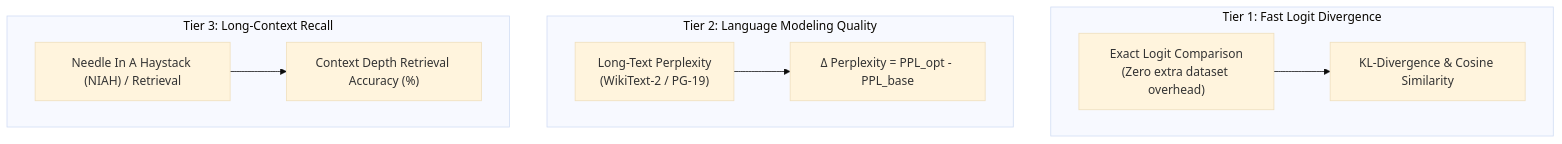
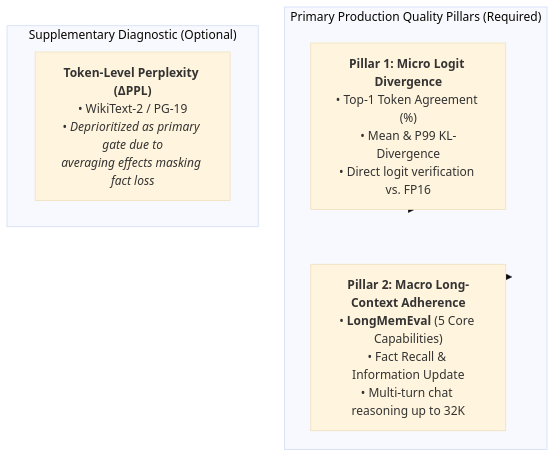
Before and after one commit to khemingkapat/kv_co-op_hub: the diagram in docs/METRICS_AND_AXES.md, drawn with Mermaid (base theme). The commit also changed other lines of this file, not shown here.

First line of the commit message:
docs(metrics): refine quality evaluation framework to two primary pillars [WP-1, WP-2]

````diff
--- a/docs/METRICS_AND_AXES.md
+++ b/docs/METRICS_AND_AXES.md
@@ -58,12 +58,14 @@
 ```mermaid
 flowchart TD
-    subgraph Tier1["Tier 1: Fast Logit Divergence"]
-        A["Exact Logit Comparison<br>(Zero extra dataset overhead)"] --> D["KL-Divergence & Cosine Similarity"]
+    subgraph PrimaryPillars["Primary Production Quality Pillars (Required)"]
+        Pillar1["<b>Pillar 1: Micro Logit Divergence</b><br/>• Top-1 Token Agreement (%)<br/>• Mean & P99 KL-Divergence<br/>• Direct logit verification vs. FP16"]
+        Pillar2["<b>Pillar 2: Macro Long-Context Adherence</b><br/>• <b>LongMemEval</b> (5 Core Capabilities)<br/>• Fact Recall & Information Update<br/>• Multi-turn chat reasoning up to 32K"]
     end
-    subgraph Tier2["Tier 2: Language Modeling Quality"]
-        B["Long-Text Perplexity<br>(WikiText-2 / PG-19)"] --> E["Δ Perplexity = PPL_opt - PPL_base"]
+
+    subgraph Supplementary["Supplementary Diagnostic (Optional)"]
+        Supp["<b>Token-Level Perplexity (ΔPPL)</b><br/>• WikiText-2 / PG-19<br/>• <i>Deprioritized as primary gate due to<br/>averaging effects masking fact loss</i>"]
     end
-    subgraph Tier3["Tier 3: Long-Context Recall"]
-        C["Needle In A Haystack (NIAH) / Retrieval"] --> F["Context Depth Retrieval Accuracy (%)"]
-    end
+
+    Pillar1 -.-> PrimaryPillars
+    Pillar2 -.-> PrimaryPillars
 ```
````
